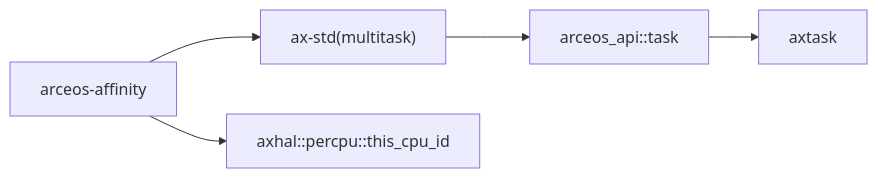
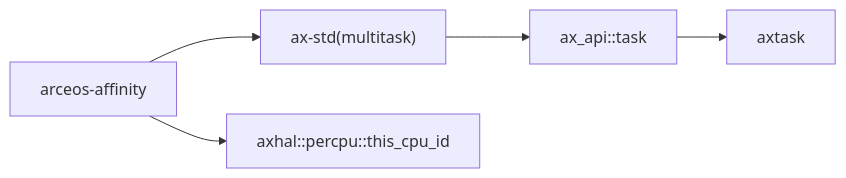
One commit to zKurisu/tgoskits changed the second of 2 diagrams in docs/crates/arceos-affinity.md. Above: the diagram before and after it, drawn with Mermaid. The commit also changed other lines of this file and 61 other files, not shown here.

Commit message:
rename arceos_api to ax-api

````diff
--- a/docs/crates/arceos-affinity.md
+++ b/docs/crates/arceos-affinity.md
@@ -83,7 +83,7 @@
 ```mermaid
 graph LR
     test["arceos-affinity"] --> ax-std["ax-std(multitask)"]
-    ax-std --> arceos_api["arceos_api::task"]
-    arceos_api --> axtask["axtask"]
+    ax-std --> ax-api["ax_api::task"]
+    ax-api --> axtask["axtask"]
     test --> axhal["axhal::percpu::this_cpu_id"]
 ```
````
